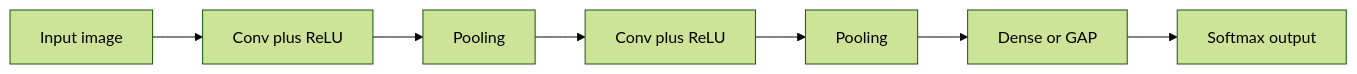
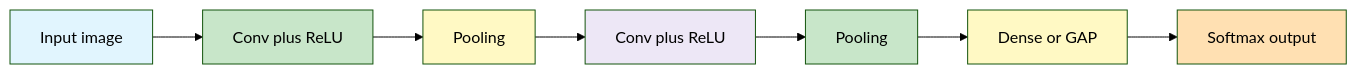
Before and after one commit to arshadhs/arshadhs.github.io: the fourth of 4 diagrams in content/docs/ai/deep-learning/060-cnn-fundamentals.md, drawn with Mermaid (forest theme). The commit also changed other lines of this file, not shown here.

```diff
--- a/content/docs/ai/deep-learning/060-cnn-fundamentals.md
+++ b/content/docs/ai/deep-learning/060-cnn-fundamentals.md
@@ -538,9 +619,17 @@
 {{< mermaid >}}
 flowchart LR
     A[Input image] --> B[Conv plus ReLU]
     B --> C[Pooling]
     C --> D[Conv plus ReLU]
     D --> E[Pooling]
     E --> F[Dense or GAP]
     F --> G[Softmax output]
+
+    style A fill:#E1F5FE
+    style B fill:#C8E6C9
+    style C fill:#FFF9C4
+    style D fill:#EDE7F6
+    style E fill:#C8E6C9
+    style F fill:#FFF9C4
+    style G fill:#FFE0B2
 {{< /mermaid >}}
```
